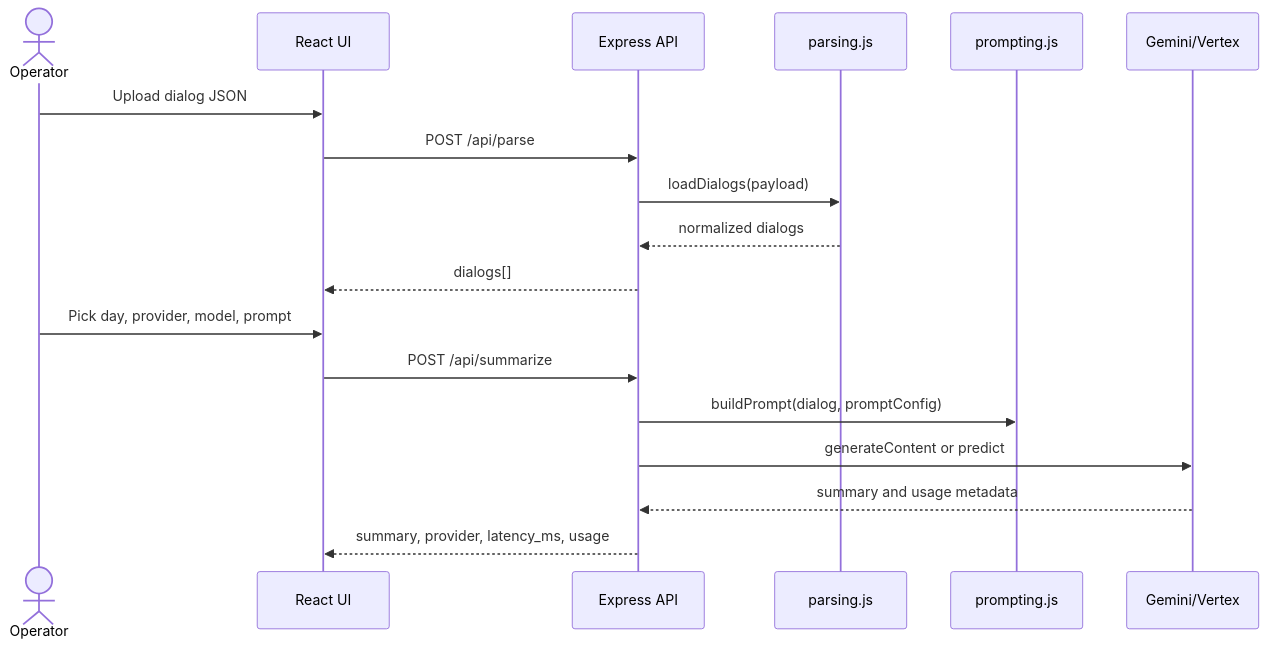
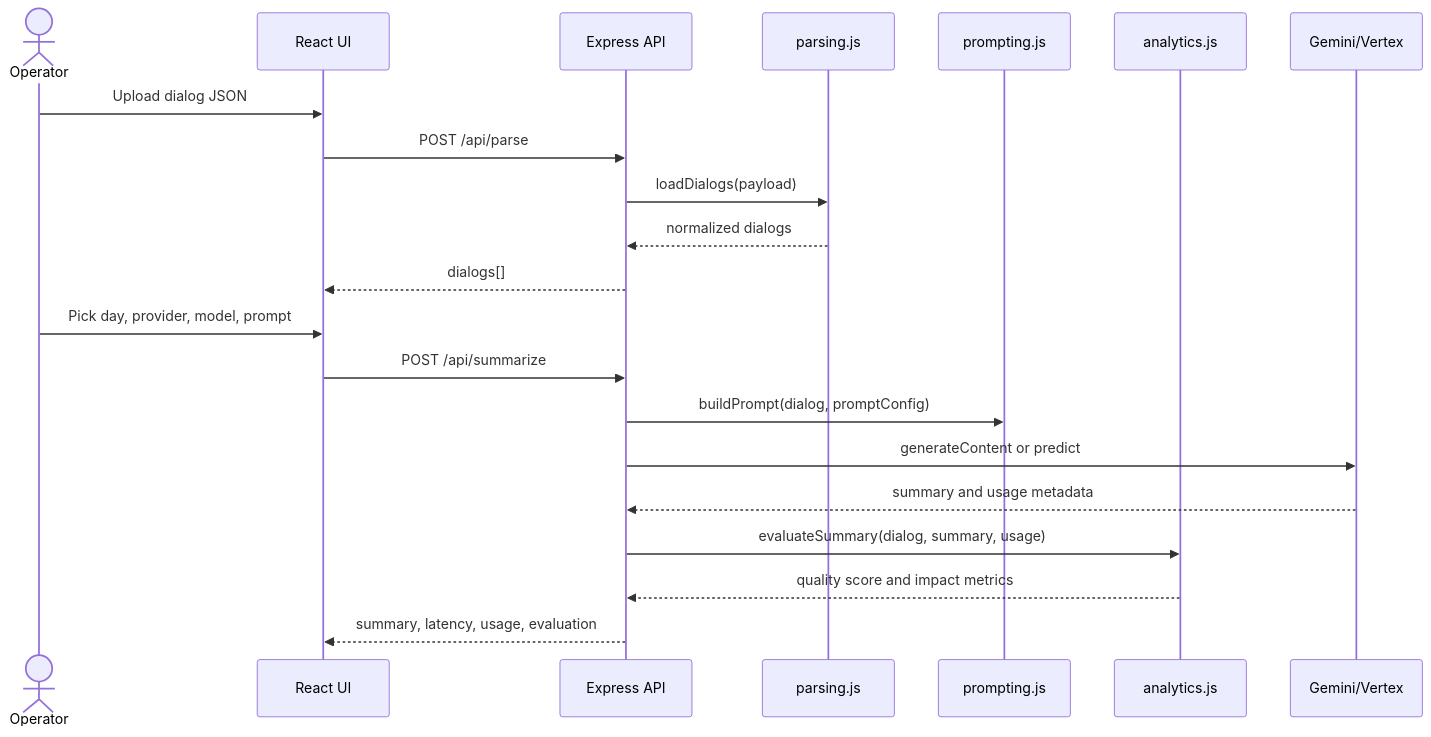
The second of 2 diagrams in README.md (infisble/testAndteachmodelForSummary), drawn with Mermaid before and after one commit. The commit also changed other lines of this file and 5 other files, not shown here.

Commit message:
Add evaluation analytics and impact dashboard

````diff
--- a/README.md
+++ b/README.md
@@ -58,21 +66,24 @@
 ```mermaid
 sequenceDiagram
   actor Operator
   participant UI as React UI
   participant API as Express API
   participant Parser as parsing.js
   participant Prompt as prompting.js
+  participant Eval as analytics.js
   participant LLM as Gemini/Vertex
 
   Operator->>UI: Upload dialog JSON
   UI->>API: POST /api/parse
   API->>Parser: loadDialogs(payload)
   Parser-->>API: normalized dialogs
   API-->>UI: dialogs[]
   Operator->>UI: Pick day, provider, model, prompt
   UI->>API: POST /api/summarize
   API->>Prompt: buildPrompt(dialog, promptConfig)
   API->>LLM: generateContent or predict
   LLM-->>API: summary and usage metadata
-  API-->>UI: summary, provider, latency_ms, usage
+  API->>Eval: evaluateSummary(dialog, summary, usage)
+  Eval-->>API: quality score and impact metrics
+  API-->>UI: summary, latency, usage, evaluation
 ```
````
